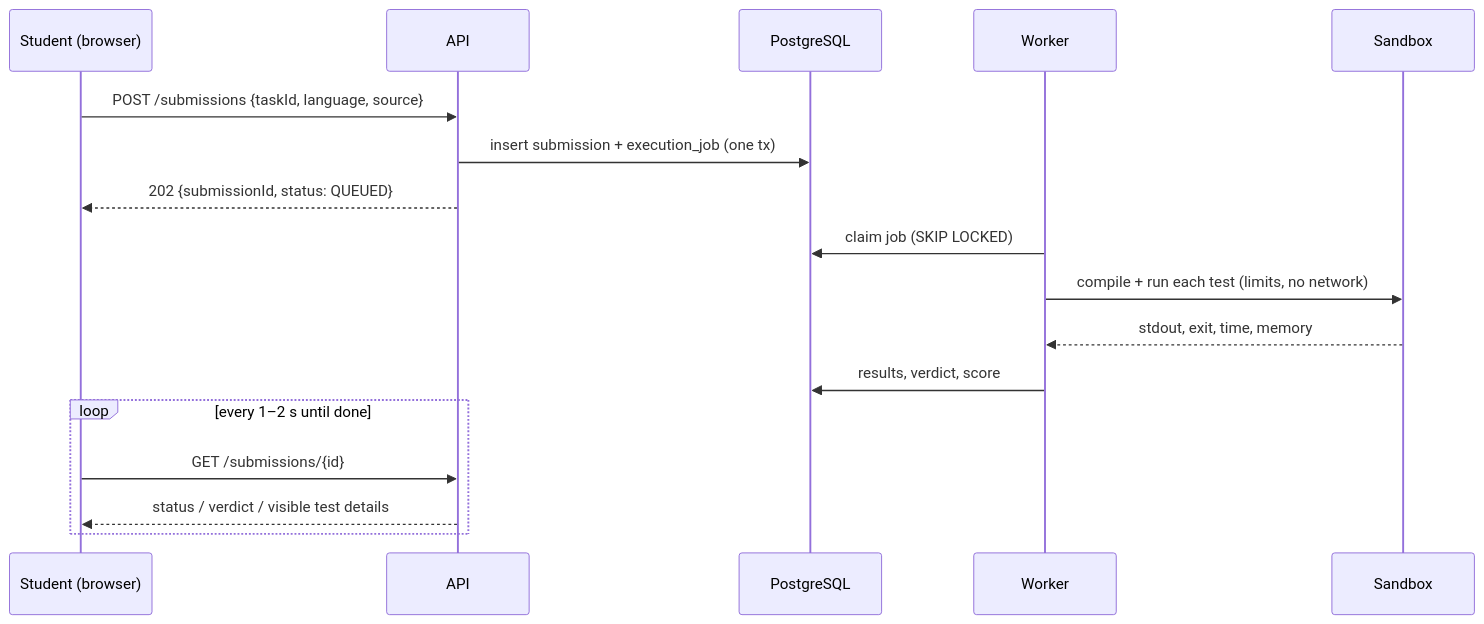
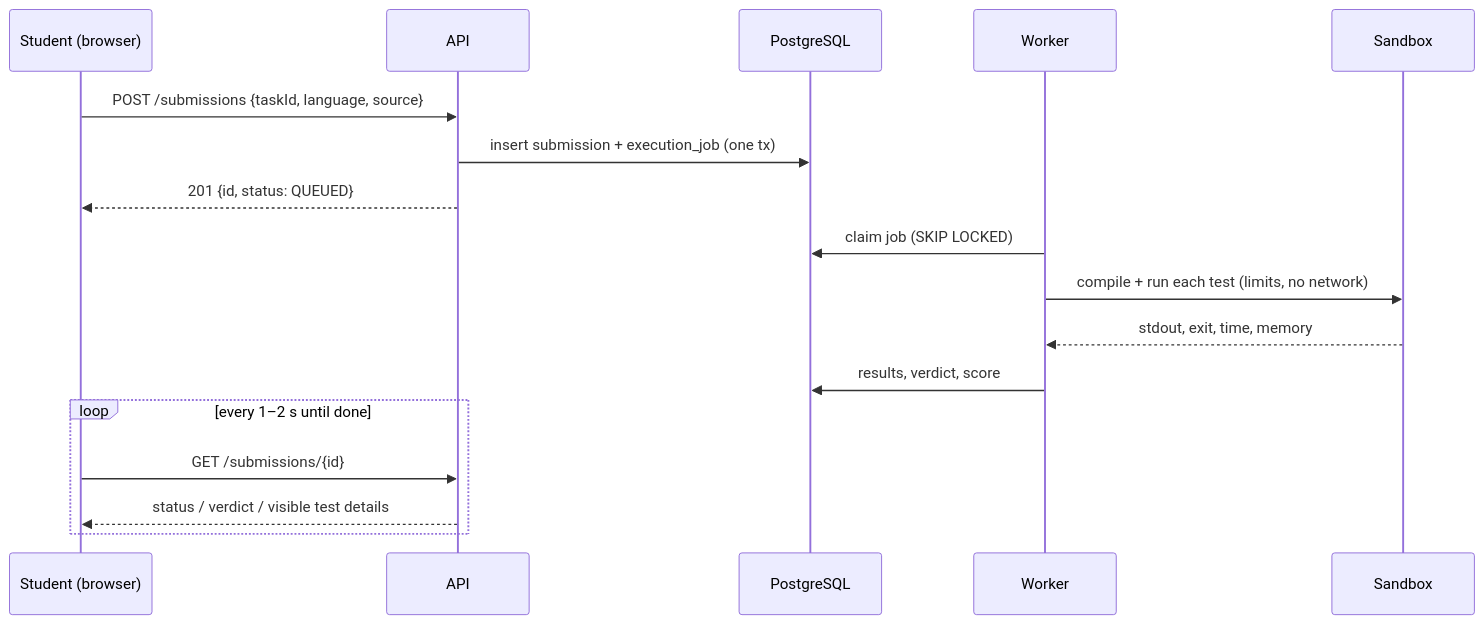
One commit to nodirbek9/aifu-platform changed the second of 8 diagrams in docs/02-ARCHITECTURE.md. Above: the diagram before and after it, drawn with Mermaid. The commit also changed other lines of this file and 26 other files, not shown here.

````diff
--- a/docs/02-ARCHITECTURE.md
+++ b/docs/02-ARCHITECTURE.md
@@ -44,19 +45,19 @@
 ```mermaid
 sequenceDiagram
   participant S as Student (browser)
   participant A as API
   participant D as PostgreSQL
   participant W as Worker
   participant X as Sandbox
   S->>A: POST /submissions {taskId, language, source}
   A->>D: insert submission + execution_job (one tx)
-  A-->>S: 202 {submissionId, status: QUEUED}
+  A-->>S: 201 {id, status: QUEUED}
   W->>D: claim job (SKIP LOCKED)
   W->>X: compile + run each test (limits, no network)
   X-->>W: stdout, exit, time, memory
   W->>D: results, verdict, score
   loop every 1–2 s until done
     S->>A: GET /submissions/{id}
     A-->>S: status / verdict / visible test details
   end
 ```
````
